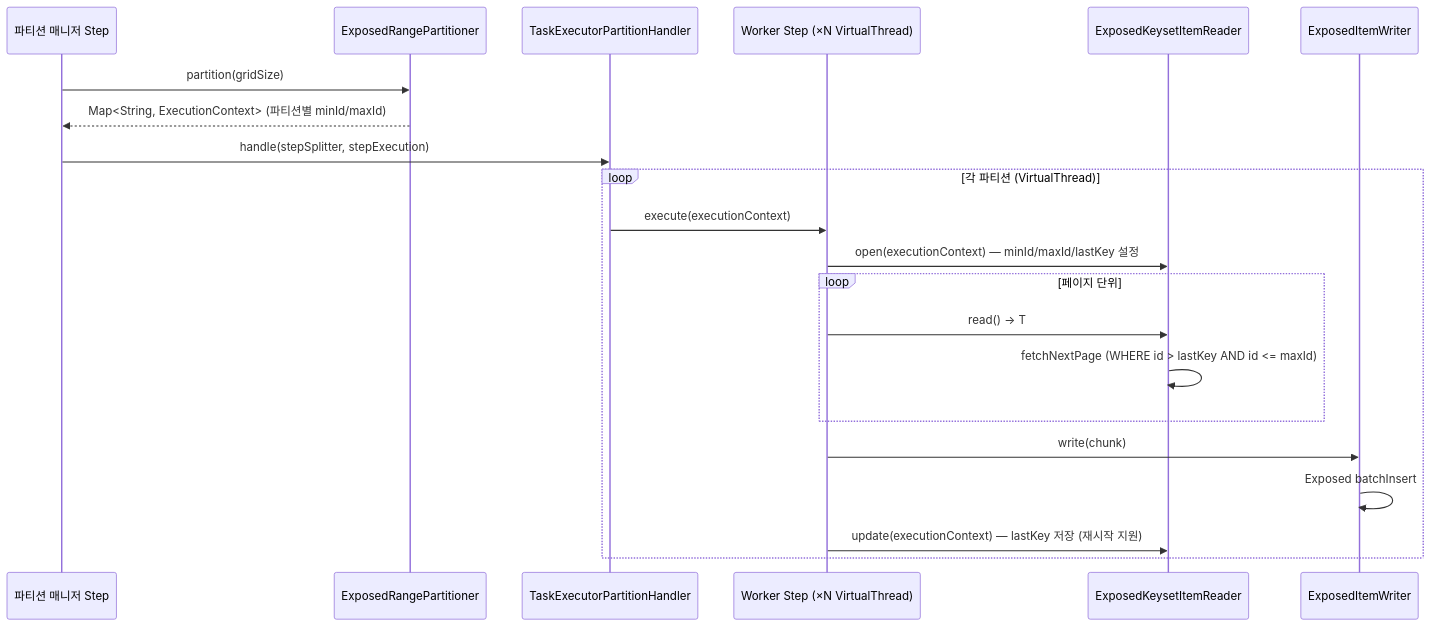
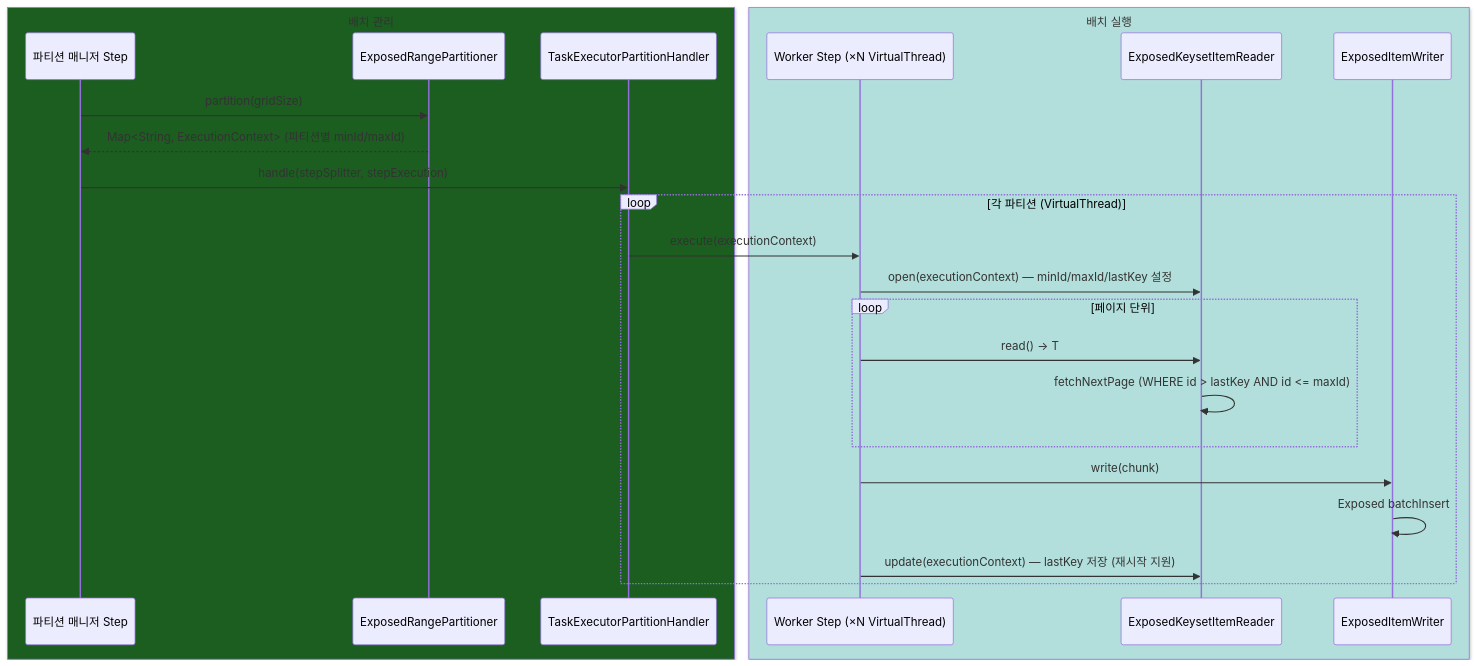
The second of 3 diagrams in spring-boot3/batch-exposed/README.ko.md (bluetape4k/bluetape4k-projects), drawn with Mermaid before and after one commit. The commit also changed other lines of this file and 221 other files, not shown here.

First line of the commit message:
docs: 전체 모듈 README UML 다이어그램 보강 및 색상 업그레이드

````diff
--- a/spring-boot3/batch-exposed/README.ko.md
+++ b/spring-boot3/batch-exposed/README.ko.md
@@ -64,24 +74,28 @@
 ```mermaid
 sequenceDiagram
-    participant Manager as 파티션 매니저 Step
-    participant Partitioner as ExposedRangePartitioner
-    participant Handler as TaskExecutorPartitionHandler
-    participant Worker as Worker Step (×N VirtualThread)
-    participant Reader as ExposedKeysetItemReader
-    participant Writer as ExposedItemWriter
+    box rgb(27,94,32) 배치 관리
+        participant Manager as 파티션 매니저 Step
+        participant Partitioner as ExposedRangePartitioner
+        participant Handler as TaskExecutorPartitionHandler
+    end
+    box rgb(178,223,219) 배치 실행
+        participant Worker as Worker Step (×N VirtualThread)
+        participant Reader as ExposedKeysetItemReader
+        participant Writer as ExposedItemWriter
+    end
 
     Manager->>Partitioner: partition(gridSize)
     Partitioner-->>Manager: Map<String, ExecutionContext> (파티션별 minId/maxId)
     Manager->>Handler: handle(stepSplitter, stepExecution)
     loop 각 파티션 (VirtualThread)
         Handler->>Worker: execute(executionContext)
         Worker->>Reader: open(executionContext) — minId/maxId/lastKey 설정
         loop 페이지 단위
             Worker->>Reader: read() → T
             Reader->>Reader: fetchNextPage (WHERE id > lastKey AND id <= maxId)
         end
         Worker->>Writer: write(chunk)
         Writer->>Writer: Exposed batchInsert
         Worker->>Reader: update(executionContext) — lastKey 저장 (재시작 지원)
     end
 ```
````
